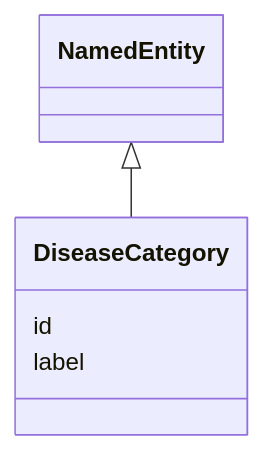
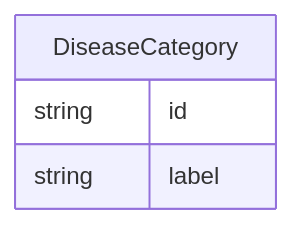
The diagram in docs/mendelian_disease/DiseaseCategory.md (monarch-initiative/ontogpt), drawn with Mermaid before and after one commit. The commit also changed 187 other files, not shown here.

````diff
--- a/docs/mendelian_disease/DiseaseCategory.md
+++ b/docs/mendelian_disease/DiseaseCategory.md
@@ -8,9 +8,10 @@
 ```mermaid
- classDiagram
-    class DiseaseCategory
-      NamedEntity <|-- DiseaseCategory
-      
-      DiseaseCategory : id
-      DiseaseCategory : label
-      
+erDiagram
+DiseaseCategory {
+    string id  
+    string label  
+}
+
+
+
 ```
````
